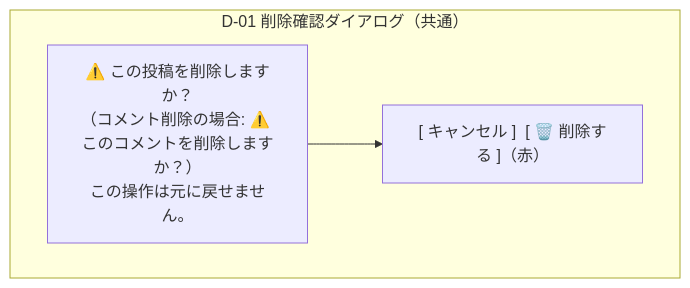
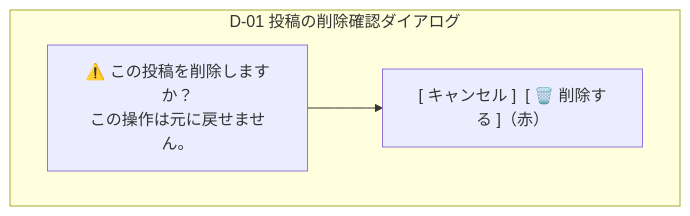
Diagram 11 of 11 in docs/details/wireframes.md (yamamotonaoki3/RaiseTimeLine), drawn with Mermaid before and after one commit. The commit also changed other lines of this file and 27 other files, not shown here.

````diff
--- a/docs/details/wireframes.md
+++ b/docs/details/wireframes.md
@@ -164,8 +164,8 @@
 ```mermaid
 flowchart TB
-    subgraph D01["D-01 削除確認ダイアログ（共通）"]
-        Message["⚠️ この投稿を削除しますか？\n（コメント削除の場合: ⚠️ このコメントを削除しますか？）\nこの操作は元に戻せません。"]
+    subgraph D01["D-01 投稿の削除確認ダイアログ"]
+        Message["⚠️ この投稿を削除しますか？\nこの操作は元に戻せません。"]
         Actions["[ キャンセル ]  [ 🗑️ 削除する ]（赤）"]
         Message --> Actions
     end
 ```
````
